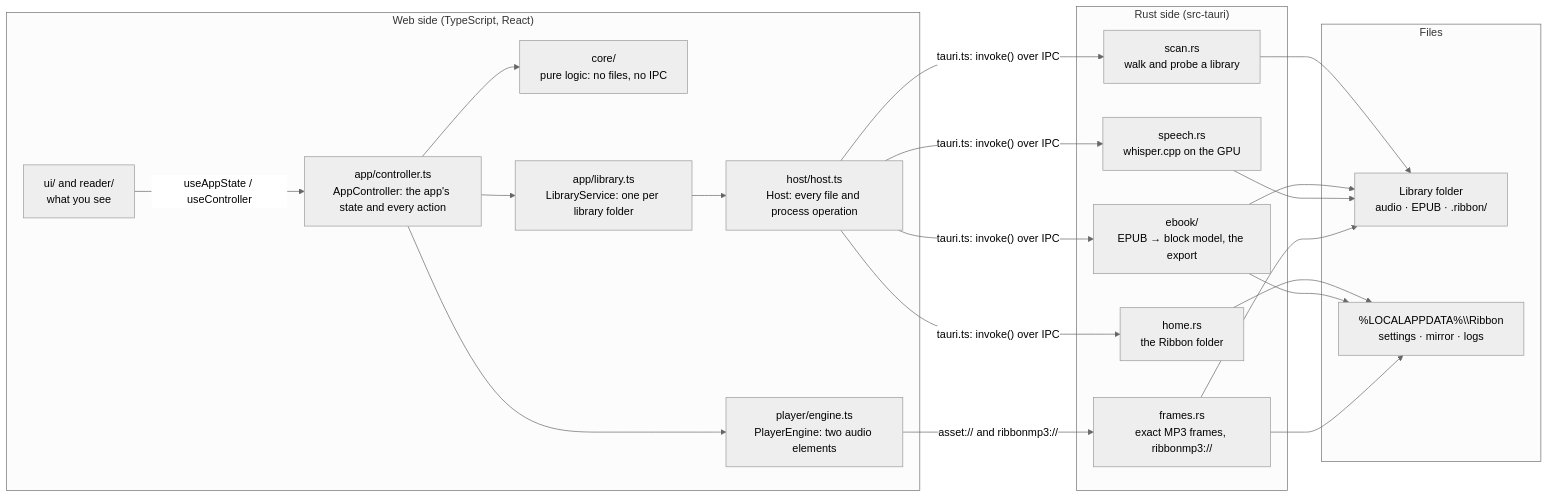
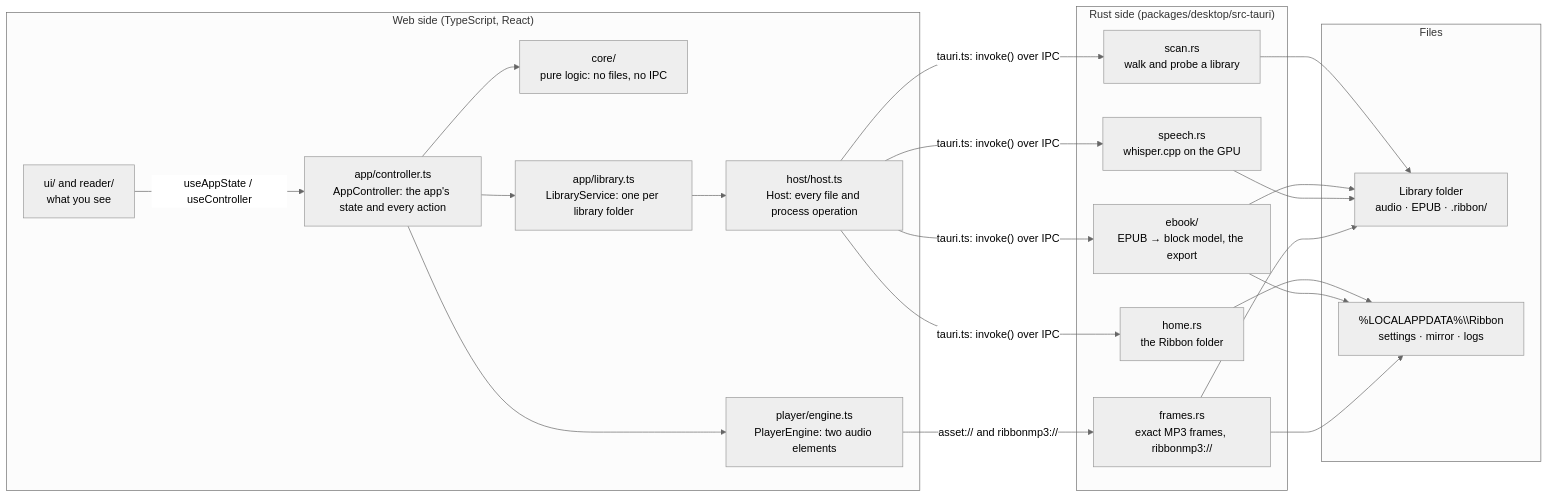
One commit to KhalidAdan/ribbon changed the second of 10 diagrams in docs/ARCHITECTURE.md. Above: the diagram before and after it, drawn with Mermaid (neutral theme). The commit also changed other lines of this file and 293 other files, not shown here.

First line of the commit message:
The desktop app moves into packages

````diff
--- a/docs/ARCHITECTURE.md
+++ b/docs/ARCHITECTURE.md
@@ -49,31 +49,31 @@
 ```mermaid
 flowchart LR
   subgraph Web["Web side (TypeScript, React)"]
     UI["ui/ and reader/<br/>what you see"]
     C["app/controller.ts<br/>AppController: the app's state and every action"]
     Core["core/<br/>pure logic: no files, no IPC"]
     Eng["player/engine.ts<br/>PlayerEngine: two audio elements"]
     Lib["app/library.ts<br/>LibraryService: one per library folder"]
     Host["host/host.ts<br/>Host: every file and process operation"]
   end
-  subgraph Rust["Rust side (src-tauri)"]
+  subgraph Rust["Rust side (packages/desktop/src-tauri)"]
     Scan["scan.rs<br/>walk and probe a library"]
     Ebook["ebook/<br/>EPUB → block model, the export"]
     Speech["speech.rs<br/>whisper.cpp on the GPU"]
     Frames["frames.rs<br/>exact MP3 frames, ribbonmp3://"]
     Home["home.rs<br/>the Ribbon folder"]
   end
   subgraph Disk["Files"]
     Books["Library folder<br/>audio · EPUB · .ribbon/"]
     App["%LOCALAPPDATA%\\Ribbon<br/>settings · mirror · logs"]
   end
   UI -- "useAppState / useController" --> C
   C --> Core
   C --> Eng
   C --> Lib
   Lib --> Host
   Host -- "tauri.ts: invoke() over IPC" --> Scan & Ebook & Speech & Home
   Eng -- "asset:// and ribbonmp3://" --> Frames
   Scan & Ebook & Speech & Frames --> Books
   Home & Ebook & Frames --> App
 ```
````
